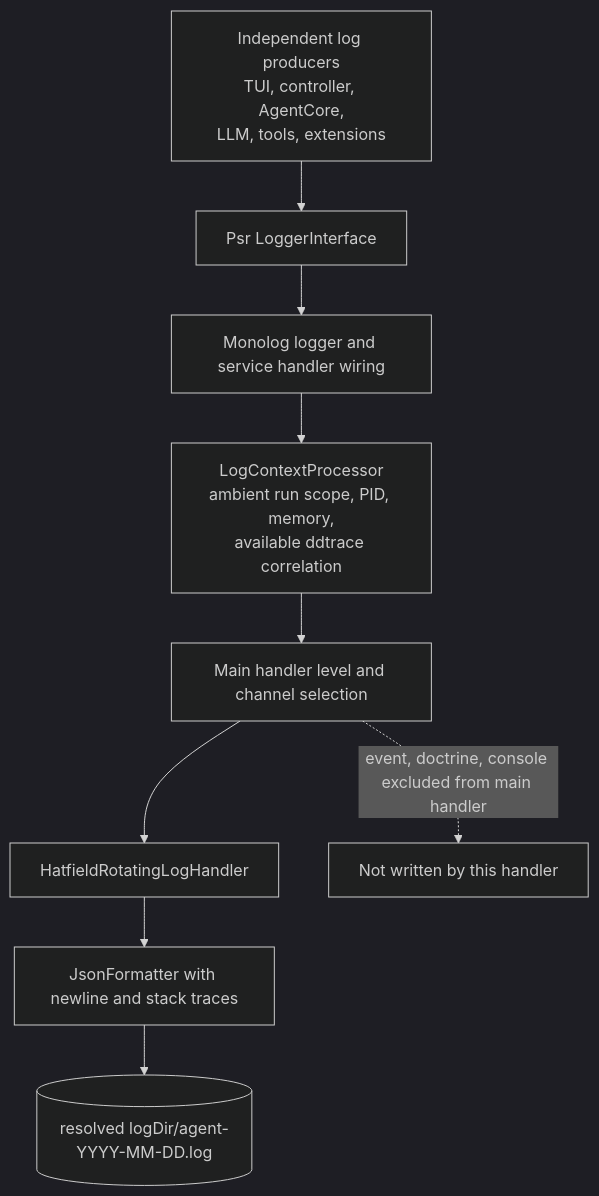
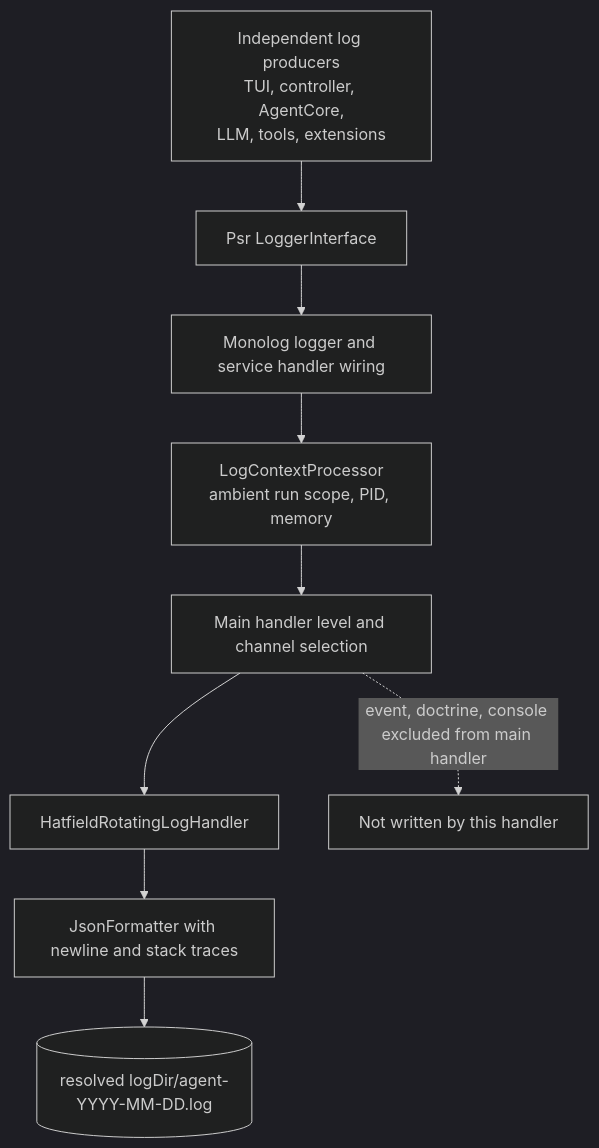
The first of 6 diagrams in architecture/logging.md (ineersa/agent-core), drawn with Mermaid (dark theme) before and after one commit. The commit also changed other lines of this file and 11 other files, not shown here.

````diff
--- a/architecture/logging.md
+++ b/architecture/logging.md
@@ -11,12 +11,12 @@
 ```mermaid
 flowchart TD
     Producers["Independent log producers<br/>TUI, controller, AgentCore,<br/>LLM, tools, extensions"] --> PSR[Psr LoggerInterface]
     PSR --> Monolog[Monolog logger and service handler wiring]
-    Processor["LogContextProcessor<br/>ambient run scope, PID, memory,<br/>available ddtrace correlation"]
+    Processor["LogContextProcessor<br/>ambient run scope, PID, memory"]
     Monolog --> Processor
     Processor --> Filter[Main handler level and channel selection]
     Filter --> Handler[HatfieldRotatingLogHandler]
     Handler --> JSON[JsonFormatter with newline and stack traces]
     JSON --> Files[("resolved logDir/agent-YYYY-MM-DD.log")]
     Filter -.->|"event, doctrine, console excluded from main handler"| Excluded[Not written by this handler]
 ```
````
